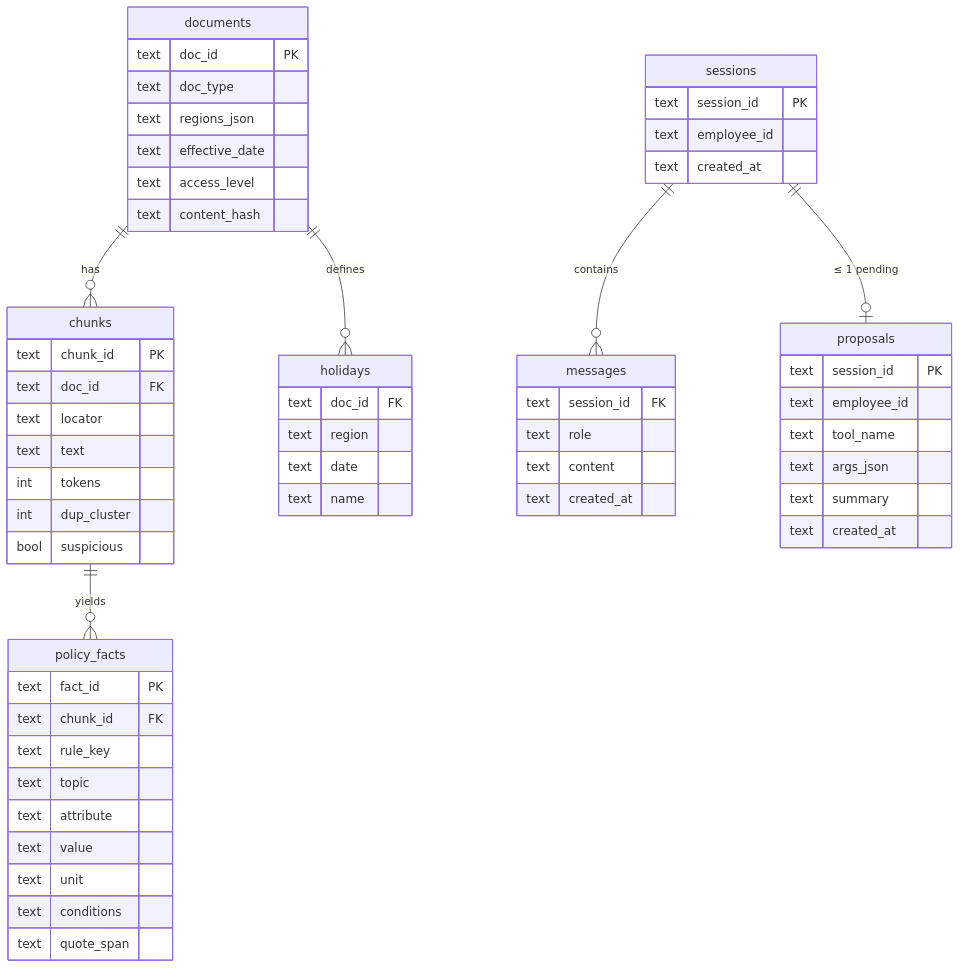
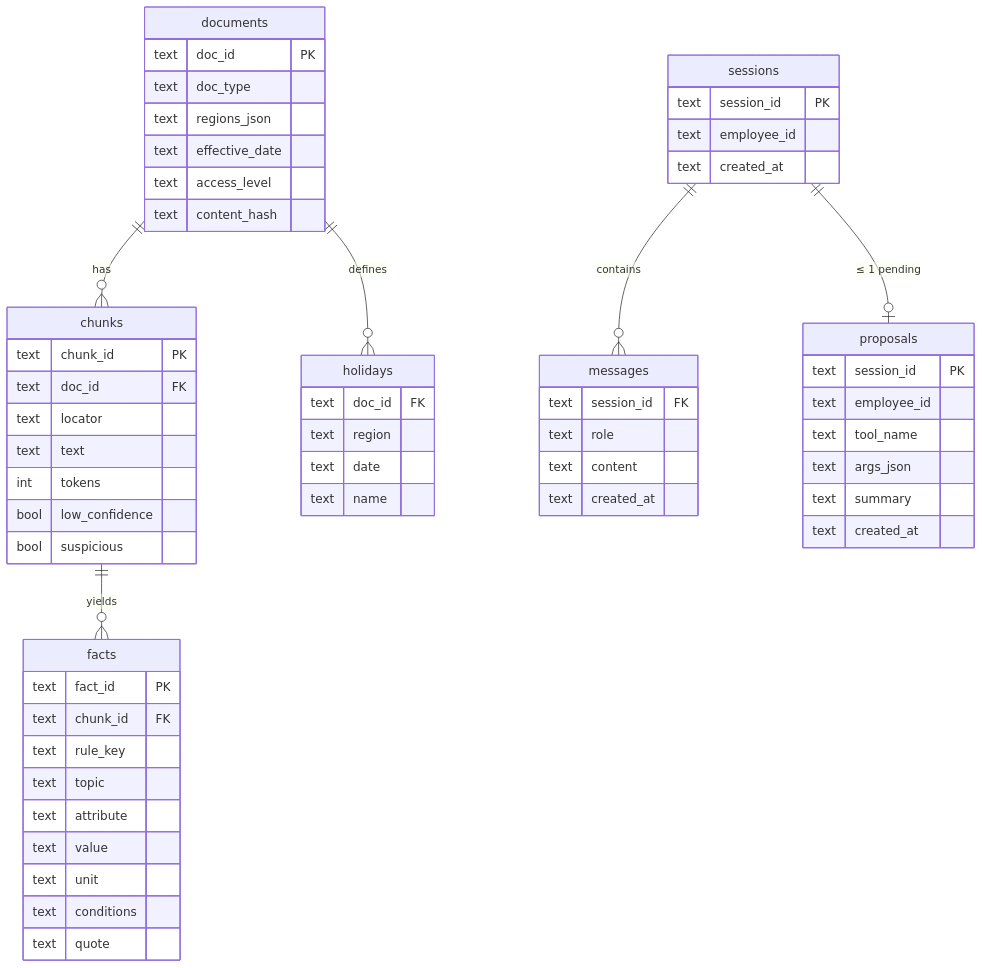
One commit to rocketrama/assessment changed the third of 6 diagrams in docs/ARCHITECTURE.md. Above: the diagram before and after it, drawn with Mermaid. The commit also changed other lines of this file and 8 other files, not shown here.

Commit message:
docs: README, DESIGN and architecture rewrite; eval round 13 and RAGAS results

````diff
--- a/docs/ARCHITECTURE.md
+++ b/docs/ARCHITECTURE.md
@@ -215,16 +225,16 @@
 ```mermaid
 erDiagram
     documents ||--o{ chunks : has
-    chunks ||--o{ policy_facts : yields
+    chunks ||--o{ facts : yields
     documents ||--o{ holidays : defines
     sessions ||--o{ messages : contains
     sessions ||--o| proposals : "≤ 1 pending"
 
     documents { text doc_id PK  text doc_type  text regions_json  text effective_date  text access_level  text content_hash }
-    chunks { text chunk_id PK  text doc_id FK  text locator  text text  int tokens  int dup_cluster  bool suspicious }
-    policy_facts { text fact_id PK  text chunk_id FK  text rule_key  text topic  text attribute  text value  text unit  text conditions  text quote_span }
+    chunks { text chunk_id PK  text doc_id FK  text locator  text text  int tokens  bool low_confidence  bool suspicious }
+    facts { text fact_id PK  text chunk_id FK  text rule_key  text topic  text attribute  text value  text unit  text conditions  text quote }
     holidays { text doc_id FK  text region  text date  text name }
     sessions { text session_id PK  text employee_id  text created_at }
     messages { text session_id FK  text role  text content  text created_at }
     proposals { text session_id PK  text employee_id  text tool_name  text args_json  text summary  text created_at }
 ```
````
